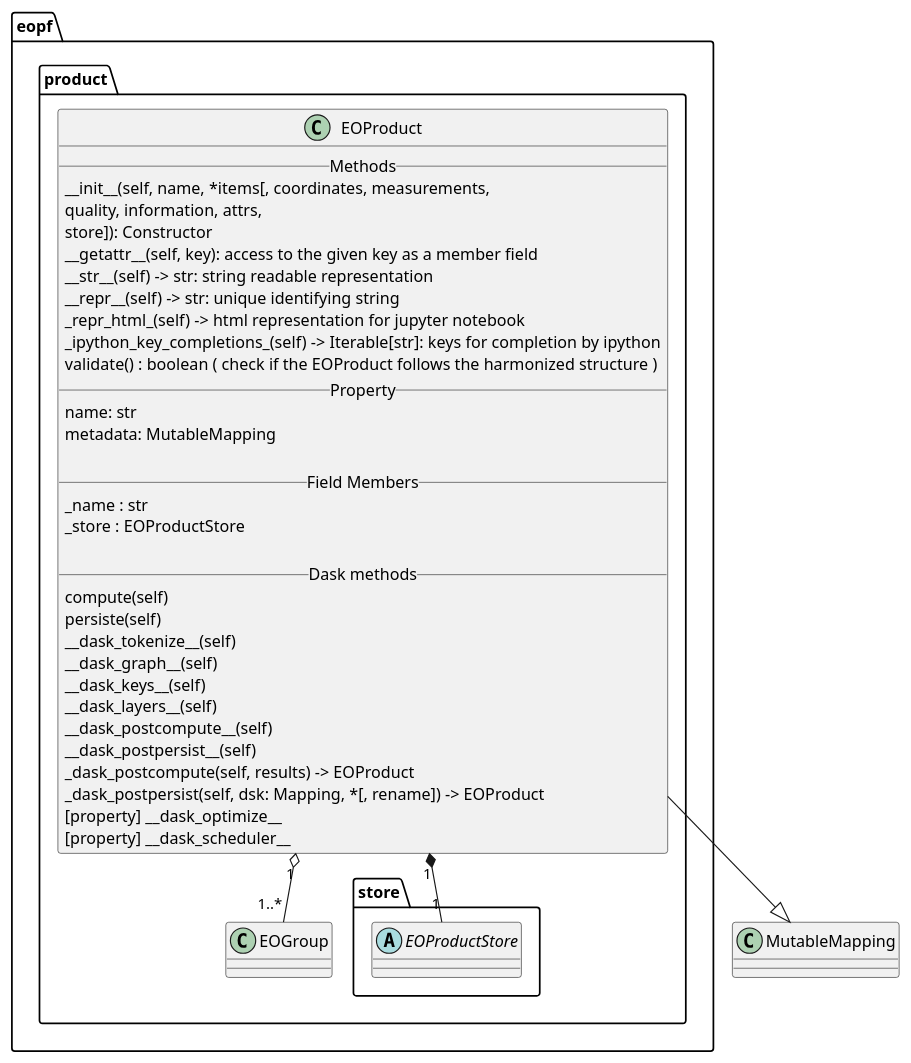
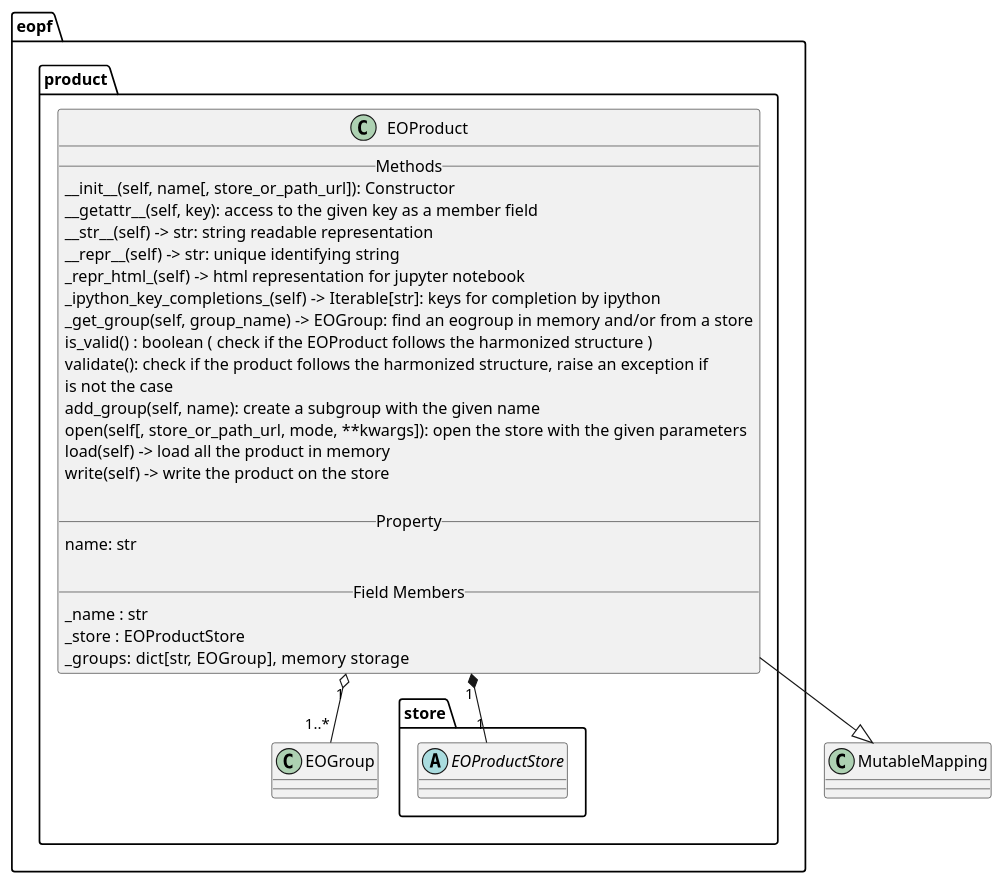
One commit to CSC-DPR/eopf-cpm changed the diagram in docs/plantuml/eopf_product_eoproduct.puml. Above: the diagram before and after it, drawn with PlantUML. The commit also changed 3 other files, not shown here.

Commit message:
feat: update the docs plantuml

```diff
--- a/docs/plantuml/eopf_product_eoproduct.puml
+++ b/docs/plantuml/eopf_product_eoproduct.puml
@@ -1,46 +1,38 @@
 @startuml
 package eopf.product {
     class EOProduct {
         ' EOProduct class shall implement Python magic/dunder methods necessary to emulate MutableMapping[Hashable, Group] type. The (Hashable) 'key' being the name of the group.
         __ Methods __
-        __init__(self, name, *items[, coordinates, measurements,
-            quality, information, attrs,
-            store]): Constructor
+        __init__(self, name[, store_or_path_url]): Constructor
         __getattr__(self, key): access to the given key as a member field
         __str__(self) -> str: string readable representation
         __repr__(self) -> str: unique identifying string
         _repr_html_(self) -> html representation for jupyter notebook
         _ipython_key_completions_(self) -> Iterable[str]: keys for completion by ipython
-         validate() : boolean ( check if the EOProduct follows the harmonized structure )
+        _get_group(self, group_name) -> EOGroup: find an eogroup in memory and/or from a store
+        is_valid() : boolean ( check if the EOProduct follows the harmonized structure )
+        validate(): check if the product follows the harmonized structure, raise an exception if
+            is not the case
+        add_group(self, name): create a subgroup with the given name
+        open(self[, store_or_path_url, mode, **kwargs]): open the store with the given parameters
+        load(self) -> load all the product in memory
+        write(self) -> write the product on the store
         ' REQ-41 add selection rules ( bands , polarization, depending of the sensor)
+
         __ Property __
         name: str
-        metadata: MutableMapping
 
         __ Field Members __
         _name : str
         _store : EOProductStore
-
-        __ Dask methods __
-        compute(self)
-        persiste(self)
-        __dask_tokenize__(self)
-        __dask_graph__(self)
-        __dask_keys__(self)
-        __dask_layers__(self)
-        __dask_postcompute__(self)
-        __dask_postpersist__(self)
-        _dask_postcompute(self, results) -> EOProduct
-        _dask_postpersist(self, dsk: Mapping, *[, rename]) -> EOProduct
-        [property] __dask_optimize__
-        [property] __dask_scheduler__
+        _groups: dict[str, EOGroup],  memory storage
     }
     package store {
         abstract EOProductStore
     }
     EOProduct "1" o-- "1..*" EOGroup
 }
 
 EOProduct --|> MutableMapping
 EOProduct "1" *-- "1" EOProductStore
 @enduml
```
